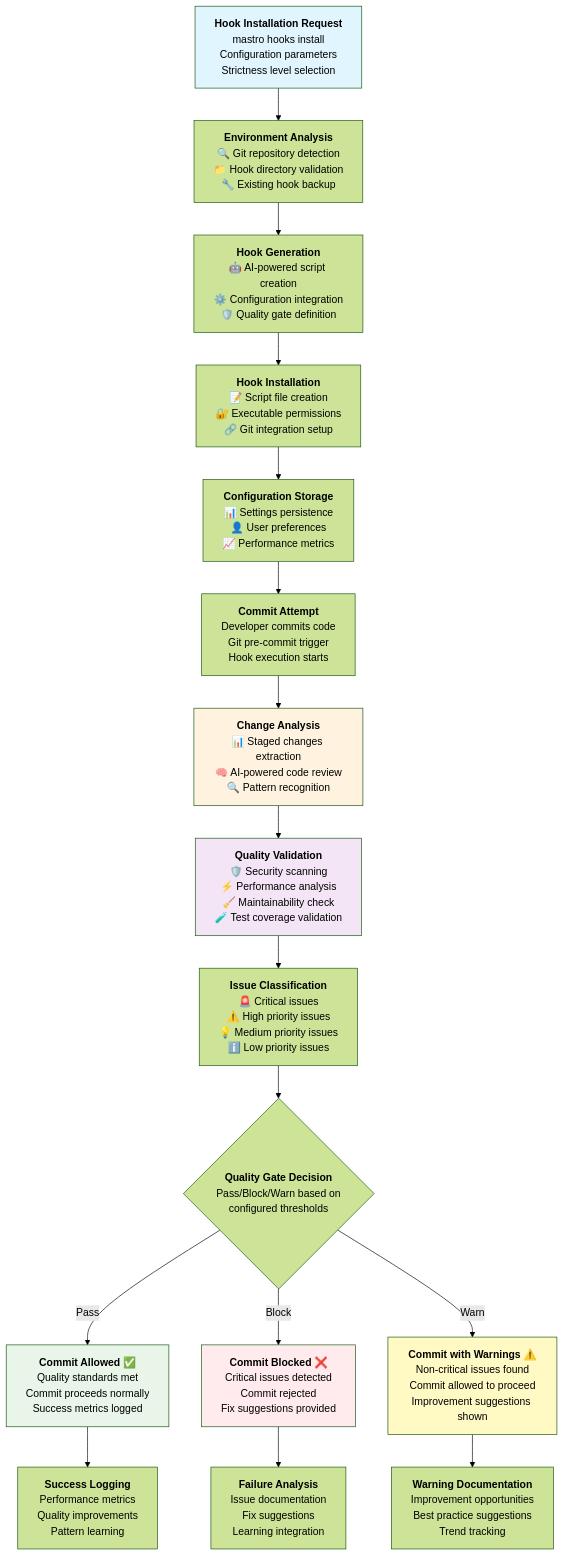
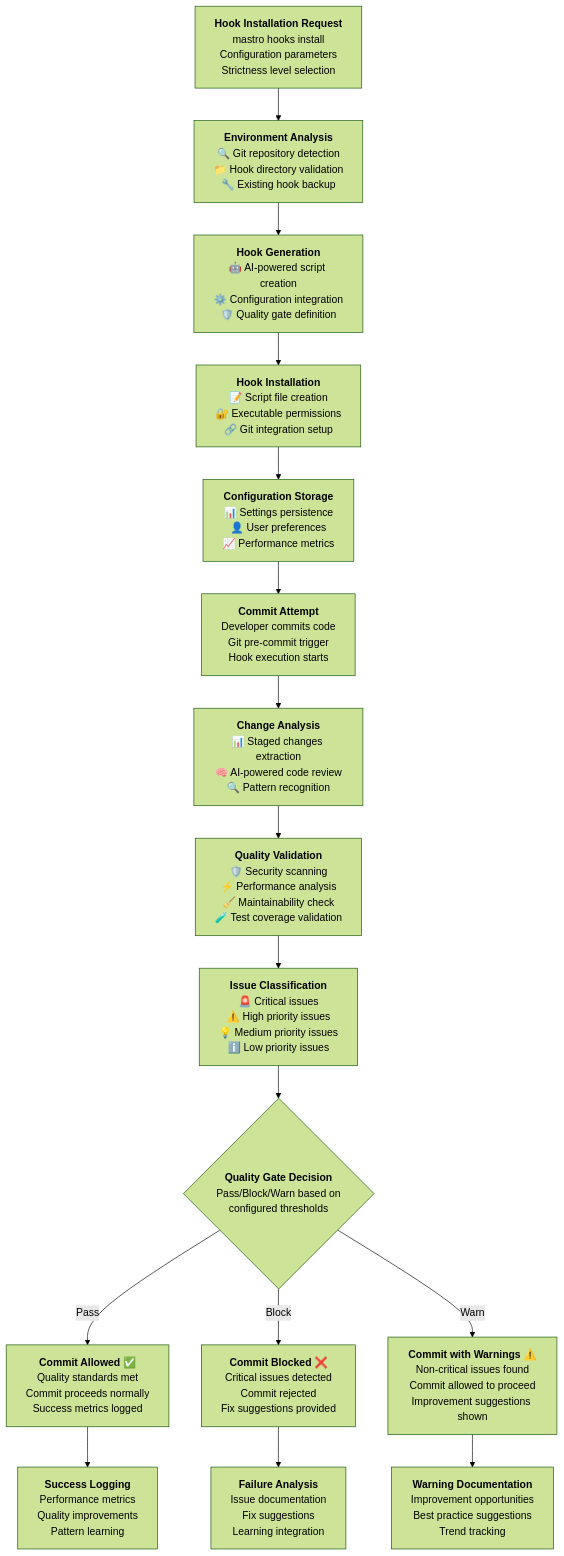
Before and after one commit to geogoesbeepboop/mastro: the first of 10 diagrams in docs/diagrams/mastro-hooks-flow.md, drawn with Mermaid (forest theme). The commit also changed other lines of this file and 5 other files, not shown here.

First line of the commit message:
docs: update analytics and flow diagrams for clarity

````diff
--- a/docs/diagrams/mastro-hooks-flow.md
+++ b/docs/diagrams/mastro-hooks-flow.md
@@ -7,4 +7,5 @@
 ```mermaid
+
 graph TD
     A["`**Hook Installation Request**
     mastro hooks install
@@ -85,10 +86,11 @@
     Best practice suggestions
     Trend tracking`"]
 
-    style A fill:#e1f5fe
-    style G fill:#fff3e0
-    style H fill:#f3e5f5
-    style K fill:#e8f5e8
-    style L fill:#ffebee
-    style M fill:#fff9c4
+    style A fill:#e1f5fe color:#000000
+    style G fill:#fff3e0 color:#000000
+    style H fill:#f3e5f5 color:#000000
+    style K fill:#e8f5e8 color:#000000
+    style L fill:#ffebee color:#000000
+    style M fill:#fff9c4 color:#000000
+
 ```
````
